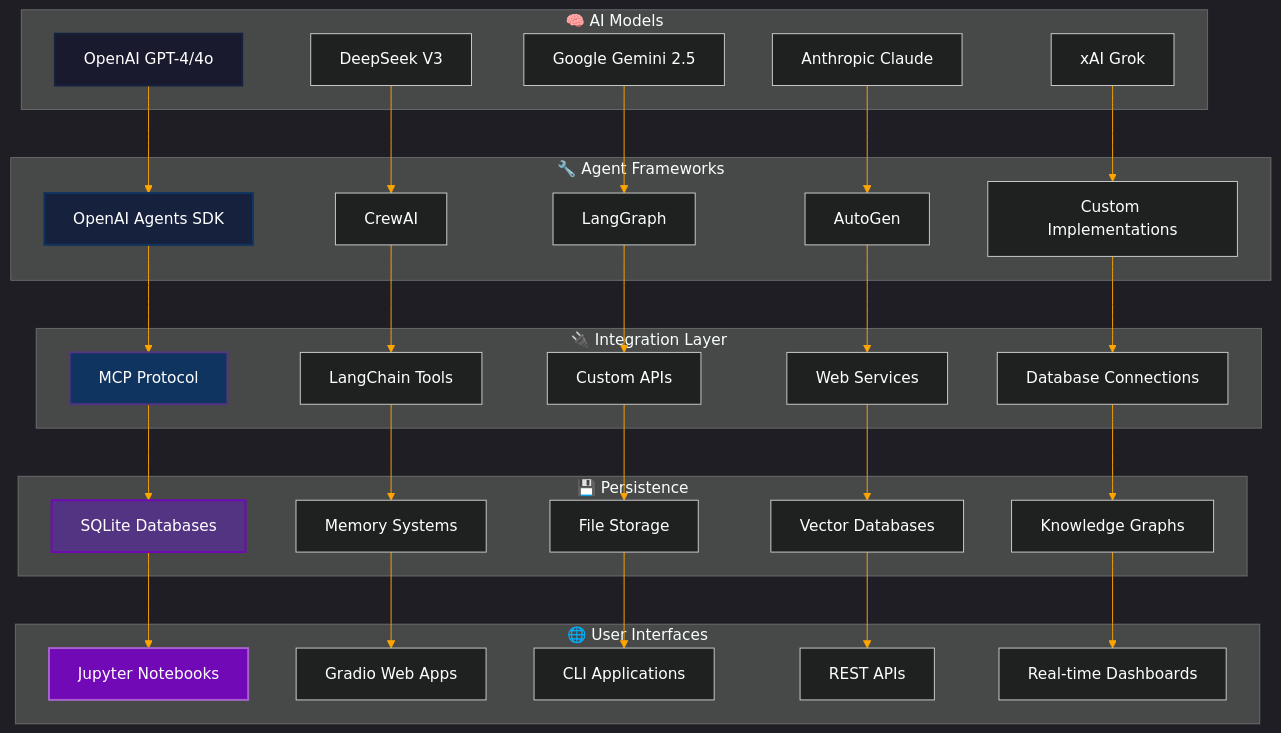
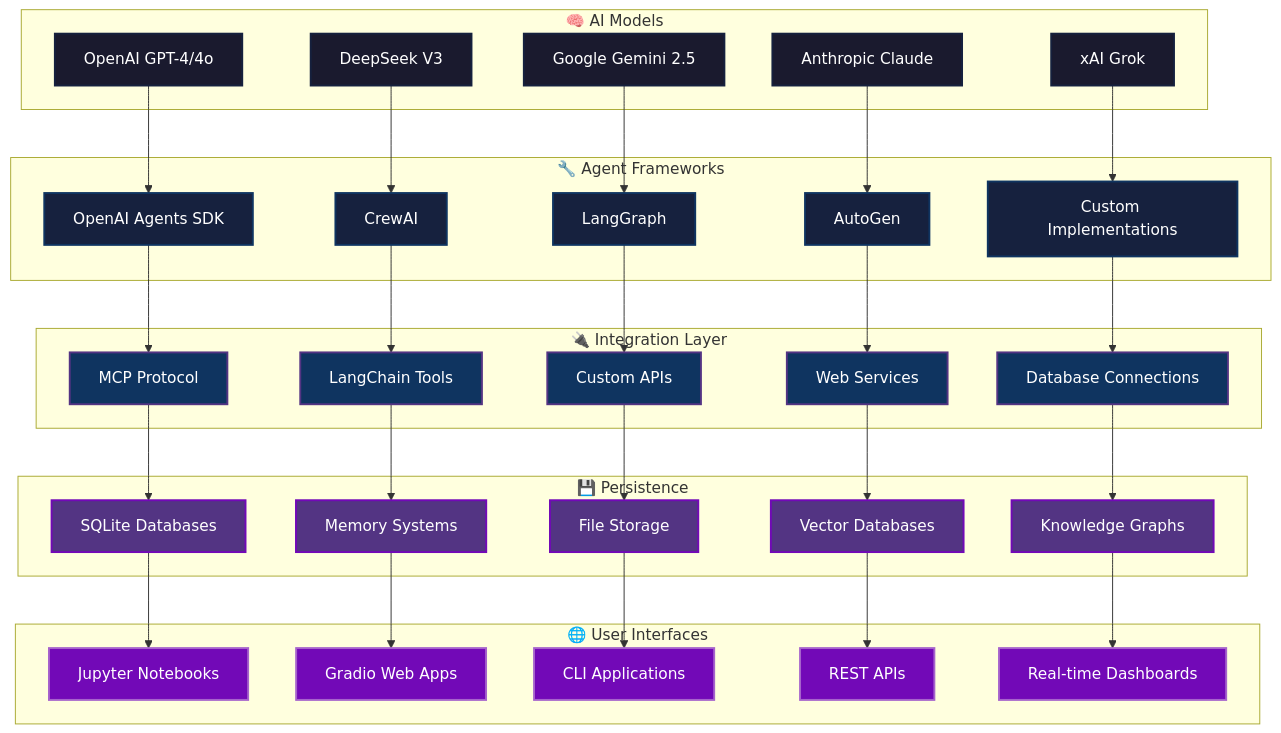
Before and after one commit to Jai-Keshav-Sharma/Agentic-AI-Frameworks: the fifth of 5 diagrams in README.md, drawn with Mermaid. The commit also changed other lines of this file and 1 other file, not shown here.

````diff
--- a/README.md
+++ b/README.md
@@ -369,73 +383,78 @@
 ```mermaid
-%%{init: {'theme':'dark','themeVariables': {'primaryColor': '#ff6b6b', 'primaryTextColor': '#fff', 'primaryBorderColor': '#ff6b6b', 'lineColor': '#ffa500', 'sectionBkColor': '#1e1e1e', 'altSectionBkColor': '#2d2d2d', 'gridColor': '#404040', 'textColor': '#ffffff', 'taskBkColor': '#404040', 'taskTextColor': '#ffffff', 'taskTextLightColor': '#ffffff', 'taskTextOutsideColor': '#ffffff', 'taskTextClickableColor': '#003163', 'activeTaskBkColor': '#ff6b6b', 'activeTaskBorderColor': '#ff6b6b'}}}%%
 graph TB
     subgraph "🧠 AI Models"
         A1[OpenAI GPT-4/4o]
         A2[DeepSeek V3]
         A3[Google Gemini 2.5]
         A4[Anthropic Claude]
         A5[xAI Grok]
     end
     
     subgraph "🔧 Agent Frameworks"
         B1[OpenAI Agents SDK]
         B2[CrewAI]
         B3[LangGraph]
         B4[AutoGen]
         B5[Custom Implementations]
     end
     
     subgraph "🔌 Integration Layer"
         C1[MCP Protocol]
         C2[LangChain Tools]
         C3[Custom APIs]
         C4[Web Services]
         C5[Database Connections]
     end
     
     subgraph "💾 Persistence"
         D1[SQLite Databases]
         D2[Memory Systems]
         D3[File Storage]
         D4[Vector Databases]
         D5[Knowledge Graphs]
     end
     
     subgraph "🌐 User Interfaces"
         E1[Jupyter Notebooks]
         E2[Gradio Web Apps]
         E3[CLI Applications]
         E4[REST APIs]
         E5[Real-time Dashboards]
     end
     
     A1 --> B1
     A2 --> B2
     A3 --> B3
     A4 --> B4
     A5 --> B5
     
     B1 --> C1
     B2 --> C2
     B3 --> C3
     B4 --> C4
     B5 --> C5
     
     C1 --> D1
     C2 --> D2
     C3 --> D3
     C4 --> D4
     C5 --> D5
     
     D1 --> E1
     D2 --> E2
     D3 --> E3
     D4 --> E4
     D5 --> E5
     
-    style A1 fill:#1a1a2e,stroke:#16213e,stroke-width:2px,color:#ffffff
-    style B1 fill:#16213e,stroke:#0f3460,stroke-width:2px,color:#ffffff
-    style C1 fill:#0f3460,stroke:#533483,stroke-width:2px,color:#ffffff
-    style D1 fill:#533483,stroke:#7209b7,stroke-width:2px,color:#ffffff
-    style E1 fill:#7209b7,stroke:#a663cc,stroke-width:2px,color:#ffffff
+    classDef models fill:#1a1a2e,stroke:#16213e,stroke-width:2px,color:#ffffff
+    classDef frameworks fill:#16213e,stroke:#0f3460,stroke-width:2px,color:#ffffff
+    classDef integration fill:#0f3460,stroke:#533483,stroke-width:2px,color:#ffffff
+    classDef persistence fill:#533483,stroke:#7209b7,stroke-width:2px,color:#ffffff
+    classDef interfaces fill:#7209b7,stroke:#a663cc,stroke-width:2px,color:#ffffff
+    
+    class A1,A2,A3,A4,A5 models
+    class B1,B2,B3,B4,B5 frameworks
+    class C1,C2,C3,C4,C5 integration
+    class D1,D2,D3,D4,D5 persistence
+    class E1,E2,E3,E4,E5 interfaces
 ```
````
